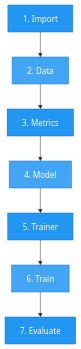
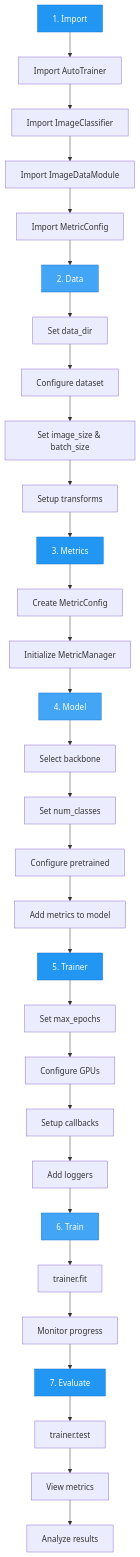
Before and after one commit to theja-vanka/AutoTimm: the diagram in docs/getting-started/quickstart.md, drawn with Mermaid. The commit also changed 48 other files, not shown here.

````diff
--- a/docs/getting-started/quickstart.md
+++ b/docs/getting-started/quickstart.md
@@ -7,17 +7,46 @@
 ```mermaid
 graph TD
-    A[1. Import] --> B[2. Data]
-    B --> C[3. Metrics]
-    C --> D[4. Model]
-    D --> E[5. Trainer]
-    E --> F[6. Train]
-    F --> G[7. Evaluate]
+    A[1. Import] --> A1[Import AutoTrainer]
+    A1 --> A2[Import ImageClassifier]
+    A2 --> A3[Import ImageDataModule]
+    A3 --> A4[Import MetricConfig]
+    
+    A4 --> B[2. Data]
+    B --> B1[Set data_dir]
+    B1 --> B2[Configure dataset]
+    B2 --> B3[Set image_size & batch_size]
+    B3 --> B4[Setup transforms]
+    
+    B4 --> C[3. Metrics]
+    C --> C1[Create MetricConfig]
+    C1 --> C2[Initialize MetricManager]
+    
+    C2 --> D[4. Model]
+    D --> D1[Select backbone]
+    D1 --> D2[Set num_classes]
+    D2 --> D3[Configure pretrained]
+    D3 --> D4[Add metrics to model]
+    
+    D4 --> E[5. Trainer]
+    E --> E1[Set max_epochs]
+    E1 --> E2[Configure GPUs]
+    E2 --> E3[Setup callbacks]
+    E3 --> E4[Add loggers]
+    
+    E4 --> F[6. Train]
+    F --> F1[trainer.fit]
+    F1 --> F2[Monitor progress]
+    
+    F2 --> G[7. Evaluate]
+    G --> G1[trainer.test]
+    G1 --> G2[View metrics]
+    G2 --> G3[Analyze results]
     
     style A fill:#2196F3,stroke:#1976D2,color:#fff
     style B fill:#42A5F5,stroke:#1976D2,color:#fff
     style C fill:#2196F3,stroke:#1976D2,color:#fff
     style D fill:#42A5F5,stroke:#1976D2,color:#fff
     style E fill:#2196F3,stroke:#1976D2,color:#fff
     style F fill:#42A5F5,stroke:#1976D2,color:#fff
     style G fill:#2196F3,stroke:#1976D2,color:#fff
 ```
````
